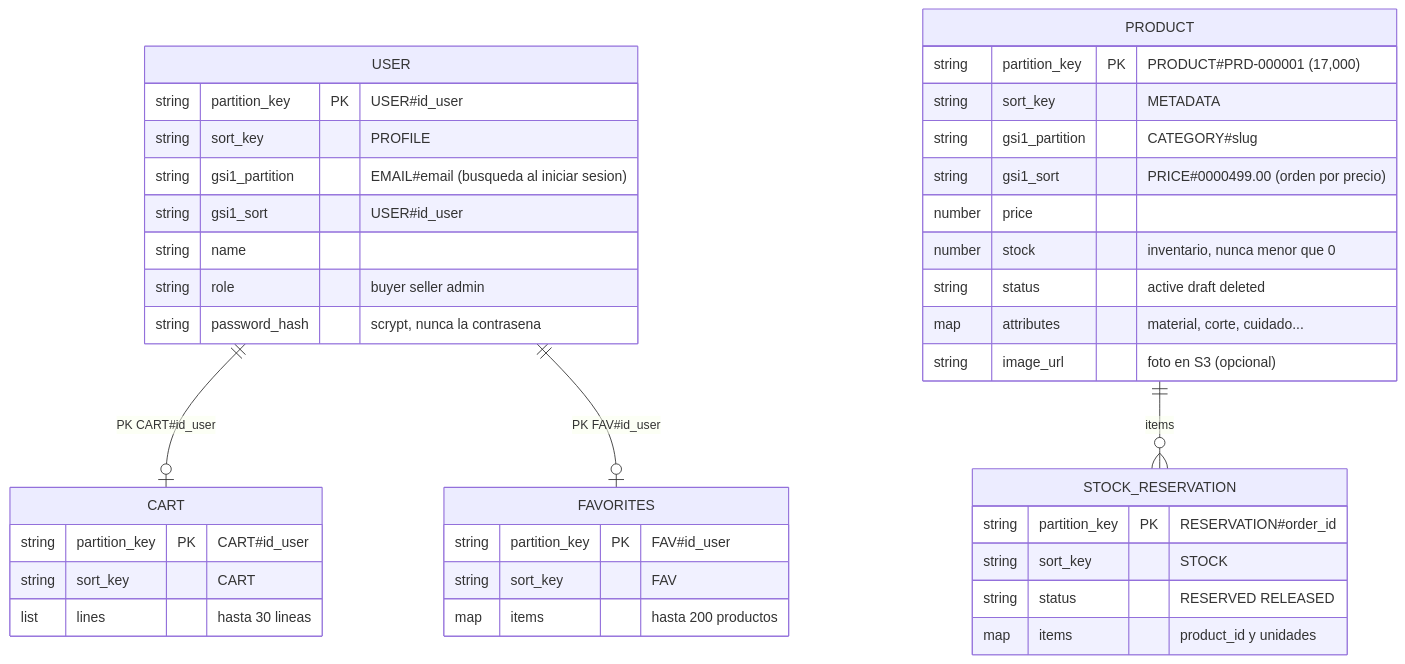
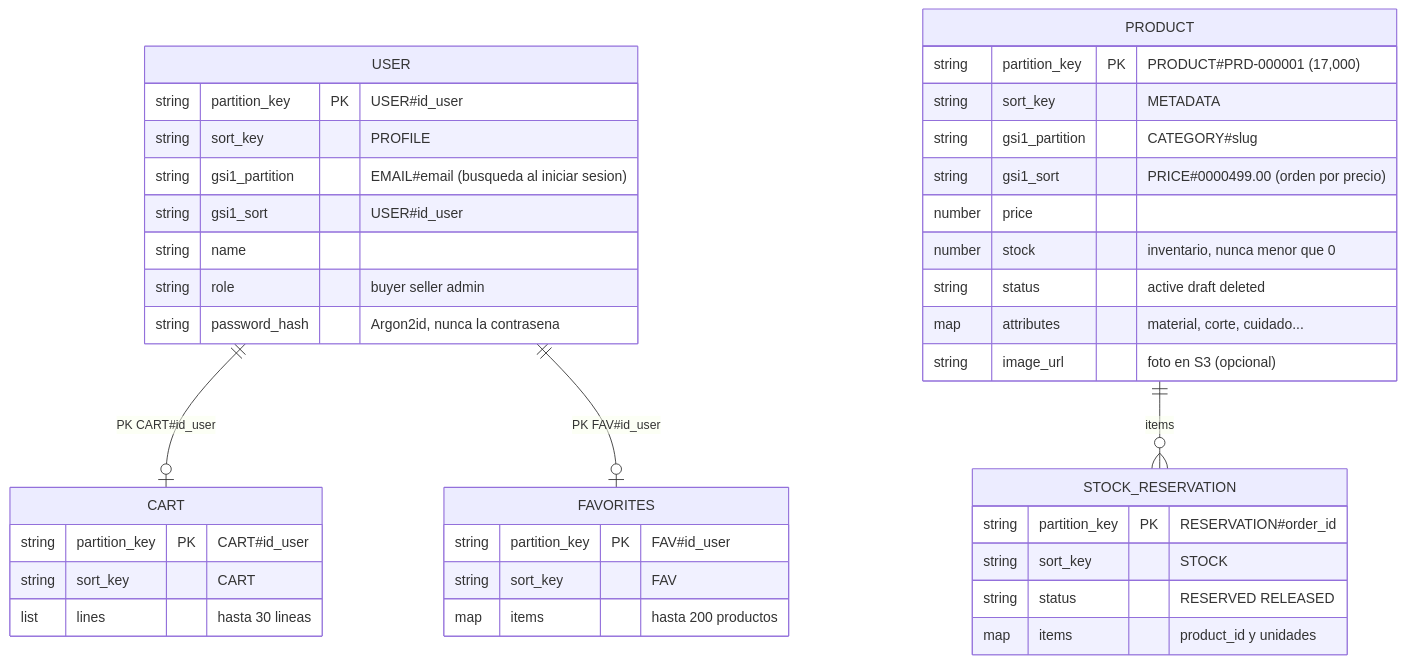
The fourth of 4 diagrams in docs/DIAGRAMA_ER.md (aliiyjm/Marketplace), drawn with Mermaid before and after one commit. The commit also changed 14 other files, not shown here.

First line of the commit message:
Hash passwords with Argon2id and upgrade old scrypt hashes on sign-in

````diff
--- a/docs/DIAGRAMA_ER.md
+++ b/docs/DIAGRAMA_ER.md
@@ -187,43 +187,43 @@
 ```mermaid
 erDiagram
     USER ||--o| CART : "PK CART#id_user"
     USER ||--o| FAVORITES : "PK FAV#id_user"
     PRODUCT ||--o{ STOCK_RESERVATION : "items"
 
     USER {
         string partition_key PK "USER#id_user"
         string sort_key "PROFILE"
         string gsi1_partition "EMAIL#email (busqueda al iniciar sesion)"
         string gsi1_sort "USER#id_user"
         string name
         string role "buyer seller admin"
-        string password_hash "scrypt, nunca la contrasena"
+        string password_hash "Argon2id, nunca la contrasena"
     }
     PRODUCT {
         string partition_key PK "PRODUCT#PRD-000001 (17,000)"
         string sort_key "METADATA"
         string gsi1_partition "CATEGORY#slug"
         string gsi1_sort "PRICE#0000499.00 (orden por precio)"
         number price
         number stock "inventario, nunca menor que 0"
         string status "active draft deleted"
         map attributes "material, corte, cuidado..."
         string image_url "foto en S3 (opcional)"
     }
     CART {
         string partition_key PK "CART#id_user"
         string sort_key "CART"
         list lines "hasta 30 lineas"
     }
     FAVORITES {
         string partition_key PK "FAV#id_user"
         string sort_key "FAV"
         map items "hasta 200 productos"
     }
     STOCK_RESERVATION {
         string partition_key PK "RESERVATION#order_id"
         string sort_key "STOCK"
         string status "RESERVED RELEASED"
         map items "product_id y unidades"
     }
 ```
````
